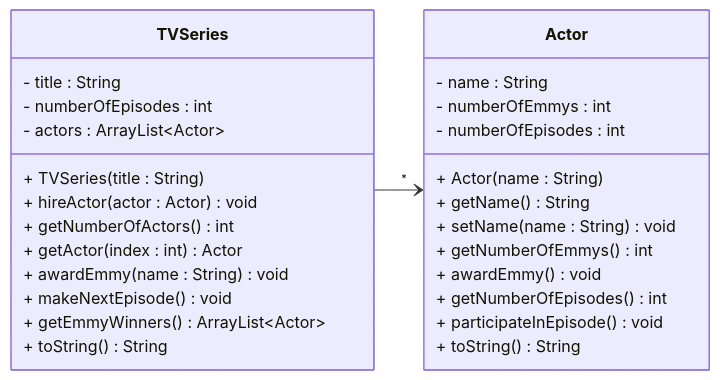
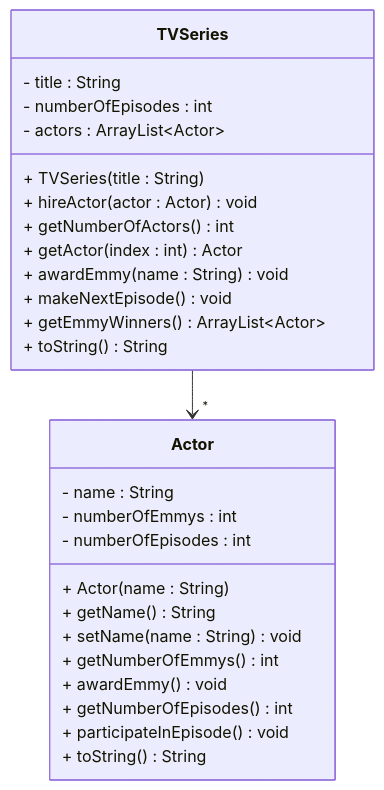
One commit to TroelsMortensen/Codelabs2 changed the fourth of 4 diagrams in Articles/Session 16 - Test/002 Exercises.md. Above: the diagram before and after it, drawn with Mermaid.

````diff
--- a/Articles/Session 16 - Test/002 Exercises.md
+++ b/Articles/Session 16 - Test/002 Exercises.md
@@ -454,33 +454,33 @@
 ```mermaid
 classDiagram
-    direction LR
+    direction TD
     class TVSeries {
         - title : String
         - numberOfEpisodes : int
         - actors : ArrayList~Actor~
         + TVSeries(title : String)
         + hireActor(actor : Actor) void
         + getNumberOfActors() int
         + getActor(index : int) Actor
         + awardEmmy(name : String) void
         + makeNextEpisode() void
         + getEmmyWinners() ArrayList~Actor~
         + toString() String
     }
     
     class Actor {
         - name : String
         - numberOfEmmys : int
         - numberOfEpisodes : int
         + Actor(name : String)
         + getName() String
         + setName(name : String) void
         + getNumberOfEmmys() int
         + awardEmmy() void
         + getNumberOfEpisodes() int
         + participateInEpisode() void
         + toString() String
     }
     
     TVSeries --> "*" Actor
 ```
````
